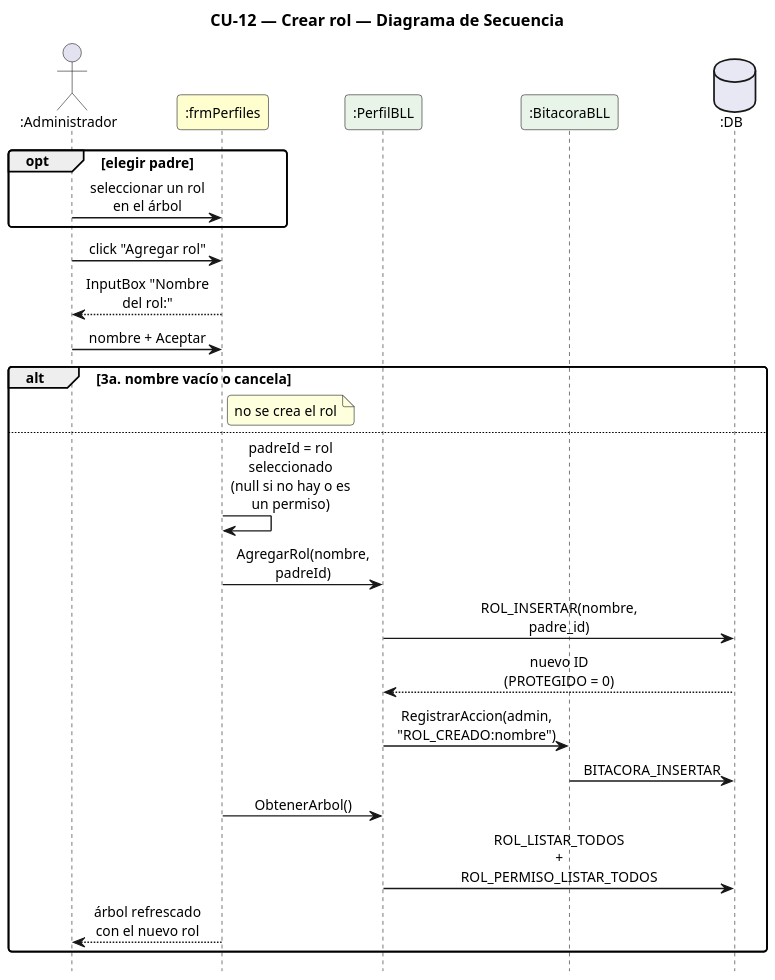
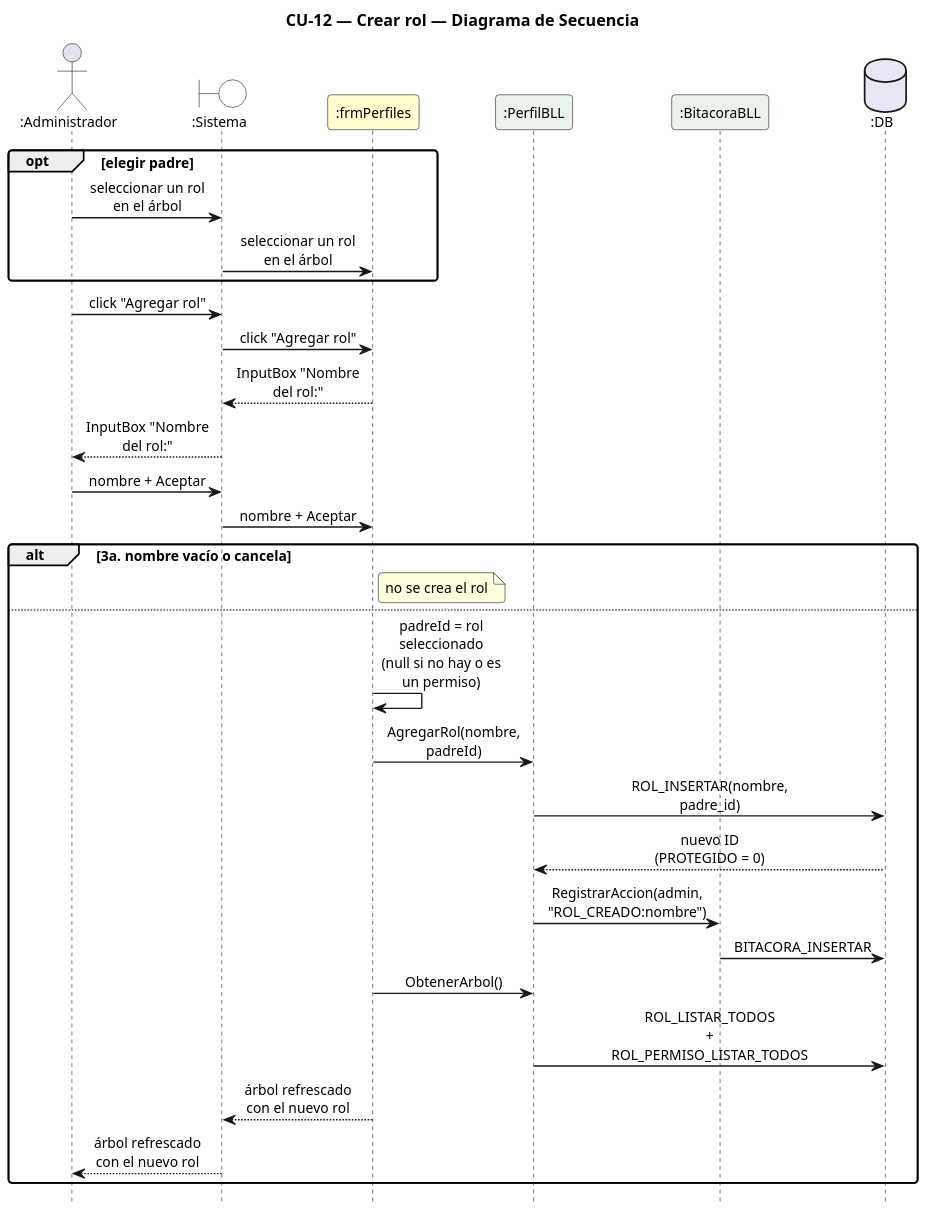
The diagram in DIAGRAMAS/DiagramaSecuencia_CU12_CrearRol.puml (Urrels/ingenieria_software), drawn with PlantUML before and after one commit. The commit also changed 78 other files, not shown here.

First line of the commit message:
Diagramas de secuencia: carril :Sistema entre el actor y las clases

```diff
--- a/DIAGRAMAS/DiagramaSecuencia_CU12_CrearRol.puml
+++ b/DIAGRAMAS/DiagramaSecuencia_CU12_CrearRol.puml
@@ -1,42 +1,48 @@
 @startuml DiagramaSecuencia_CU12_CrearRol
 
 title CU-12 — Crear rol — Diagrama de Secuencia
 
 skinparam shadowing false
 skinparam roundcorner 6
 skinparam sequenceArrowThickness 1.2
 skinparam ParticipantPadding 6
 skinparam BoxPadding 4
 skinparam maxMessageSize 115
 skinparam sequenceMessageAlign center
 skinparam defaultFontSize 12
 skinparam dpi 140
 hide footbox
 
 actor ":Administrador" as A
+boundary ":Sistema" as SYS #FFFFFF
 participant ":frmPerfiles" as F #FEFECE
 participant ":PerfilBLL" as PB #E8F4E8
 participant ":BitacoraBLL" as BB #E8F4E8
 database ":DB" as DB #E8E8F4
 
 opt elegir padre
-  A -> F : seleccionar un rol en el árbol
+  A -> SYS : seleccionar un rol en el árbol
+  SYS -> F : seleccionar un rol en el árbol
 end
-A -> F : click "Agregar rol"
-F --> A : InputBox "Nombre del rol:"
-A -> F : nombre + Aceptar
+A -> SYS : click "Agregar rol"
+SYS -> F : click "Agregar rol"
+F --> SYS : InputBox "Nombre del rol:"
+SYS --> A : InputBox "Nombre del rol:"
+A -> SYS : nombre + Aceptar
+SYS -> F : nombre + Aceptar
 alt 3a. nombre vacío o cancela
   note right of F : no se crea el rol
 else
   F -> F : padreId = rol seleccionado\n(null si no hay o es un permiso)
   F -> PB : AgregarRol(nombre, padreId)
   PB -> DB : ROL_INSERTAR(nombre, padre_id)
   DB --> PB : nuevo ID (PROTEGIDO = 0)
   PB -> BB : RegistrarAccion(admin, "ROL_CREADO:nombre")
   BB -> DB : BITACORA_INSERTAR
   F -> PB : ObtenerArbol()
   PB -> DB : ROL_LISTAR_TODOS + ROL_PERMISO_LISTAR_TODOS
-  F --> A : árbol refrescado con el nuevo rol
+  F --> SYS : árbol refrescado con el nuevo rol
+  SYS --> A : árbol refrescado con el nuevo rol
 end
 
 @enduml
```
